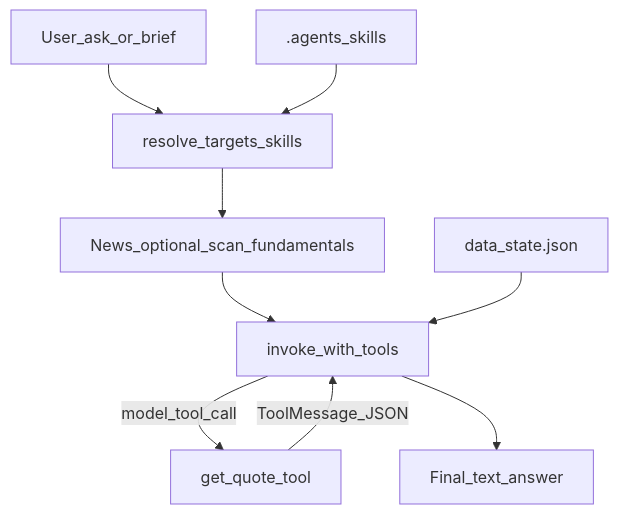
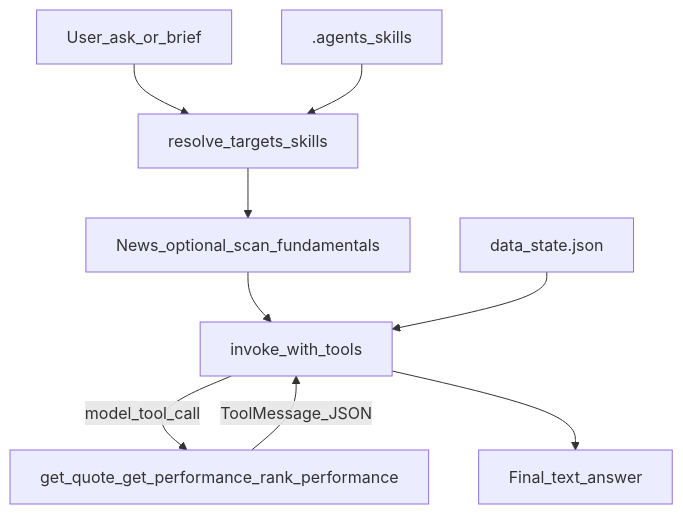
One commit to giannisalinetti/personal-investment-assistant changed the fifth of 6 diagrams in docs/agent_architecture.md. Above: the diagram before and after it, drawn with Mermaid. The commit also changed other lines of this file and 17 other files, not shown here.

````diff
--- a/docs/agent_architecture.md
+++ b/docs/agent_architecture.md
@@ -121,14 +122,14 @@
 ```mermaid
 flowchart TB
   ask[User_ask_or_brief]
   resolve[resolve_targets_skills]
   fetch[News_optional_scan_fundamentals]
   loop[invoke_with_tools]
   ask --> resolve --> fetch --> loop
   stateFile[data_state.json] --> loop
   skills[.agents_skills] --> resolve
-  getQuote[get_quote_tool]
-  loop -->|"model_tool_call"| getQuote
-  getQuote -->|"ToolMessage_JSON"| loop
+  tools[get_quote_get_performance_rank_performance]
+  loop -->|"model_tool_call"| tools
+  tools -->|"ToolMessage_JSON"| loop
   loop --> answer[Final_text_answer]
 ```
````
